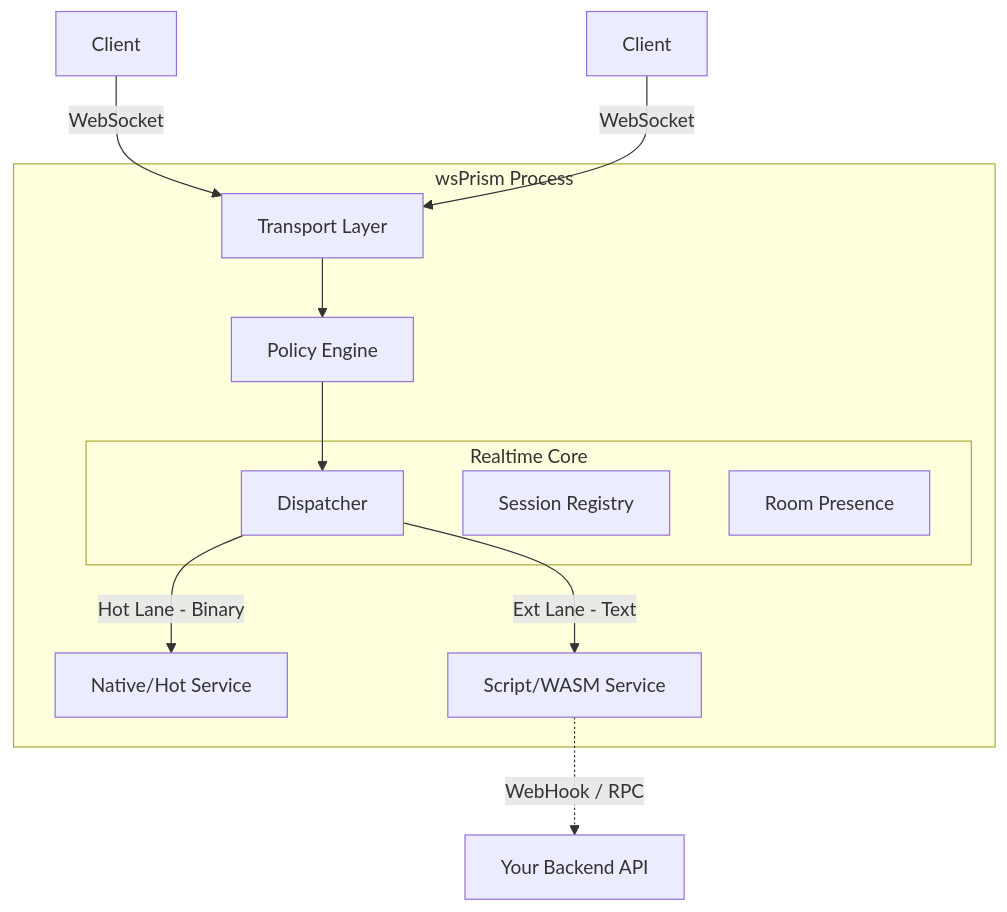
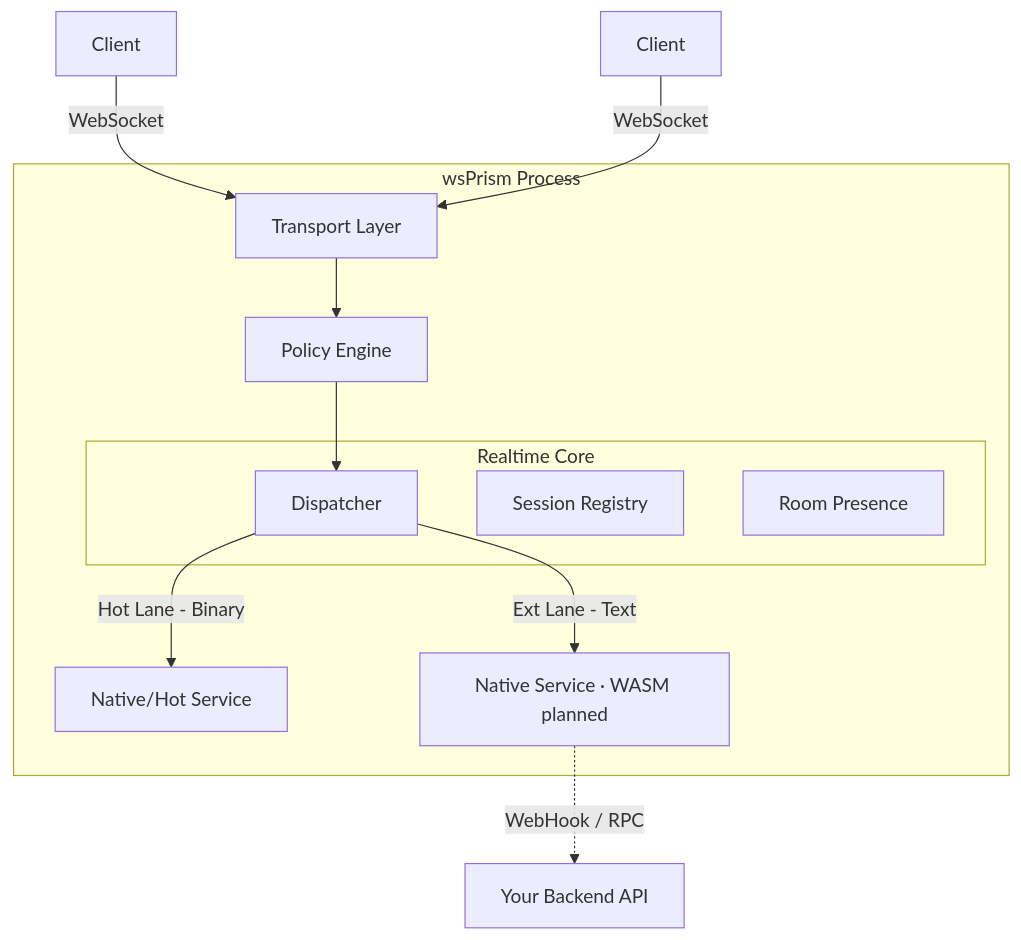
One commit to AsyncNomad/wsPrism changed the diagram in Readme(EN).md. Above: the diagram before and after it, drawn with Mermaid. The commit also changed other lines of this file and 12 other files, not shown here.

````diff
--- a/Readme(EN).md
+++ b/Readme(EN).md
@@ -157,23 +158,23 @@
 ```mermaid
 graph TD
     Client_A[Client] -->|WebSocket| Transport
     Client_B[Client] -->|WebSocket| Transport
 
     subgraph Process [wsPrism Process]
         Transport[Transport Layer]
         Policy[Policy Engine]
         
         subgraph Core [Realtime Core]
             Router[Dispatcher]
             Registry[Session Registry]
             Presence[Room Presence]
         end
         
         Transport --> Policy --> Router
         
         Router -->|Hot Lane - Binary| Service_Echo[Native/Hot Service]
-        Router -->|Ext Lane - Text| Service_Chat[Script/WASM Service]
+        Router -->|Ext Lane - Text| Service_Chat[Native Service · WASM planned]
     end
     
     Service_Chat -.->|WebHook / RPC| Backend[Your Backend API]
 ```
````
